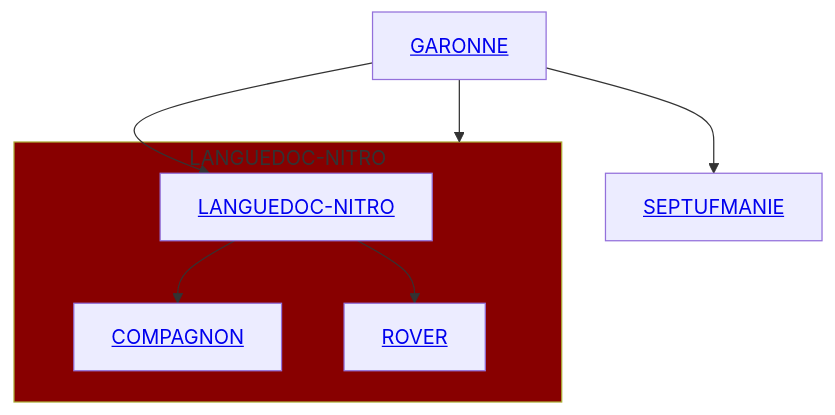
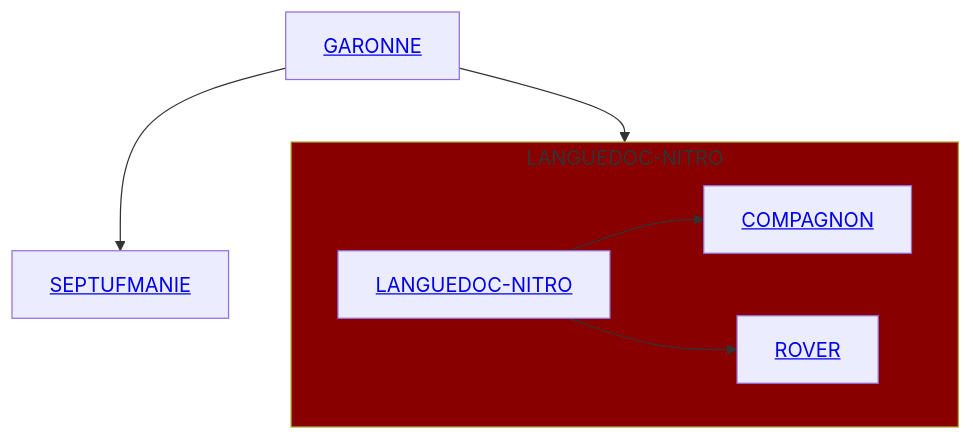
Before and after one commit to Septimania/septimania: the diagram in README_FR.md, drawn with Mermaid.

````diff
--- a/README_FR.md
+++ b/README_FR.md
@@ -121,12 +121,13 @@
 ```mermaid
   graph TD
-      A["<a href="https://synologygaronne.wixsite.com/synologygaronne">GARONNE</a>"] --> B["<a href="https://languedocnitro.wixsite.com/languedoc-nitro">LANGUEDOC-NITRO</a>"]
+      A["<a href="https://synologygaronne.wixsite.com/synologygaronne">GARONNE</a>"]
       subgraph NITRO [LANGUEDOC-NITRO]
+      B["<a href="https://languedocnitro.wixsite.com/languedoc-nitro">LANGUEDOC-NITRO</a>"]
       B --> C["<a href="https://languedocnitro.wixsite.com/compagnon">COMPAGNON</a>"]
       B --> D["<a href="https://languedocnitro.wixsite.com/rover">ROVER</a>"]
       end
       A --> NITRO
       A --> E["<a href="https://septufmanie.wixsite.com/septufmanie">SEPTUFMANIE</a>"]
 
       style NITRO fill:#800
 ```
````
